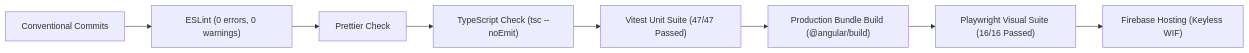
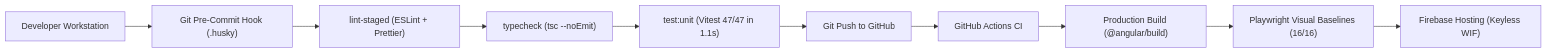
One commit to himanshusaraswat/prj-generic-gallery changed the fourth of 4 diagrams in README.md. Above: the diagram before and after it, drawn with Mermaid. The commit also changed other lines of this file and 2 other files, not shown here.

Commit message:
docs: showcase App Check attestation, Analytics telemetry, and harden pre-commit hooks

````diff
--- a/README.md
+++ b/README.md
@@ -194,10 +256,12 @@
 ```mermaid
 flowchart LR
-    COMMIT["Conventional Commits"] --> LINT["ESLint (0 errors, 0 warnings)"]
-    LINT --> FMT["Prettier Check"]
-    FMT --> TC["TypeScript Check (tsc --noEmit)"]
-    TC --> UNIT["Vitest Unit Suite (47/47 Passed)"]
-    UNIT --> BUILD["Production Bundle Build (@angular/build)"]
-    BUILD --> VISUAL["Playwright Visual Suite (16/16 Passed)"]
+    DEV["Developer Workstation"] --> HUSKY["Git Pre-Commit Hook (.husky)"]
+    HUSKY --> LINT["lint-staged (ESLint + Prettier)"]
+    LINT --> TC["typecheck (tsc --noEmit)"]
+    TC --> VITEST["test:unit (Vitest 47/47 in 1.1s)"]
+    VITEST --> PUSH["Git Push to GitHub"]
+    PUSH --> CI["GitHub Actions CI"]
+    CI --> BUILD["Production Build (@angular/build)"]
+    BUILD --> VISUAL["Playwright Visual Baselines (16/16)"]
     VISUAL --> DEPLOY["Firebase Hosting (Keyless WIF)"]
 ```
````
